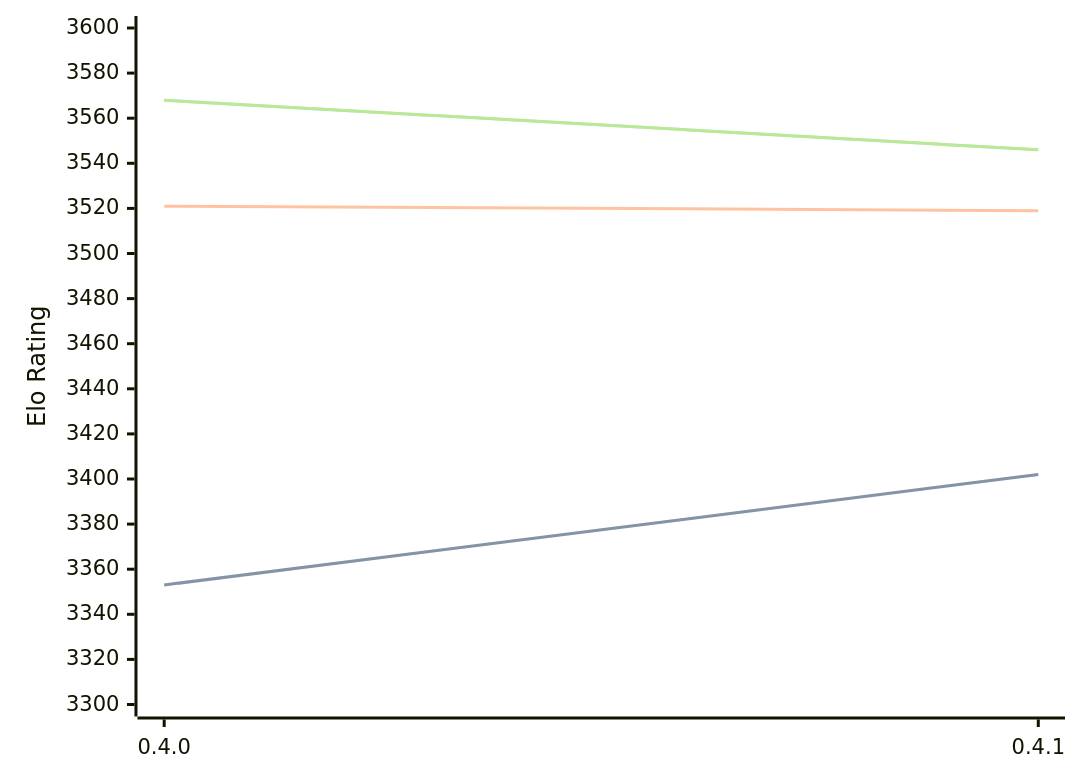
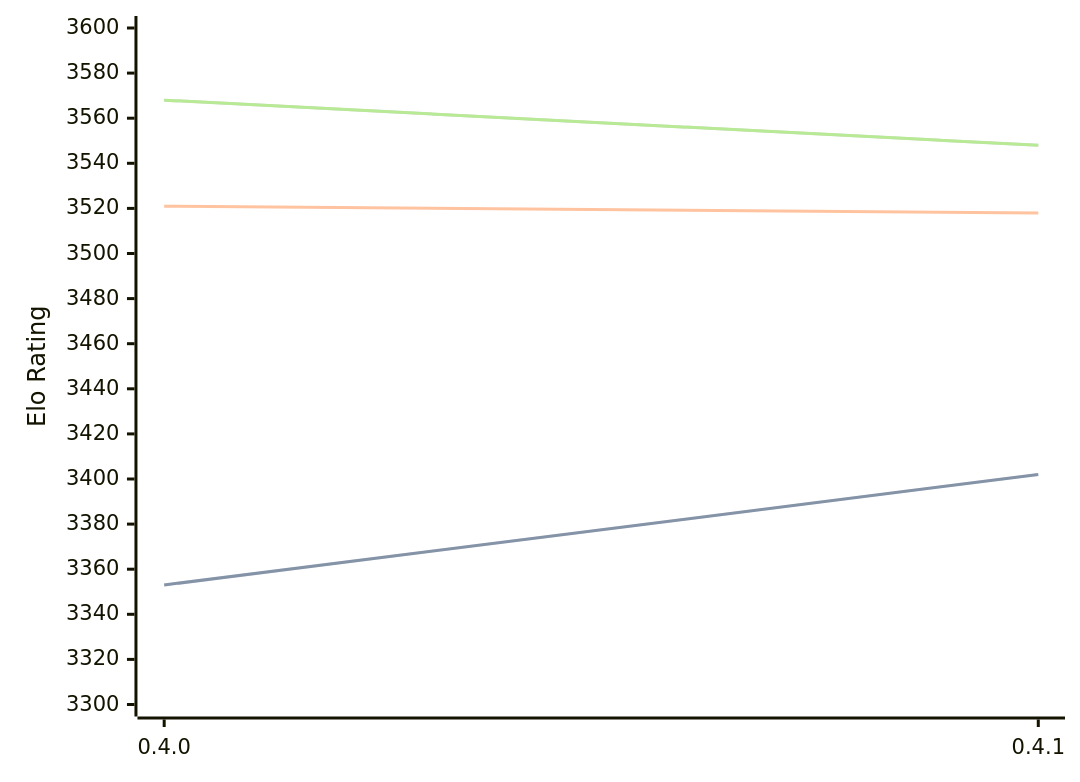
The diagram in engines/Cinder.md (computer-chess-index/cci), drawn with Mermaid before and after one commit. The commit also changed other lines of this file, not shown here.

Commit message:
Update CCI Ratings (ELO VLTC) - 2026-03-01

````diff
--- a/engines/Cinder.md
+++ b/engines/Cinder.md
@@ -38,11 +38,11 @@
 ```mermaid
 %%{init: {"theme":"base","themeVariables":{"seriesColors:['#a3a3a3','#222221','#faa371']}}}%%
 xychart-beta
   x-axis ["0.4.0", "0.4.1"]
   y-axis "Elo Rating" 3300 --> 3600
   line "STC (8.0+0.08s)" [3353, 3402]
   line "STC (8.0+0.08s)" [3353, 3402]
-  line "LTC (60.0+0.60s)" [3521, 3519]
-  line "VLTC (2m24s+1.12s)" [3568, 3546]
-  line "VLTC (2m24s+1.12s)" [3568, 3546]
+  line "LTC (60.0+0.60s)" [3521, 3518]
+  line "VLTC (2m24s+1.12s)" [3568, 3548]
+  line "VLTC (2m24s+1.12s)" [3568, 3548]
 ```
````
